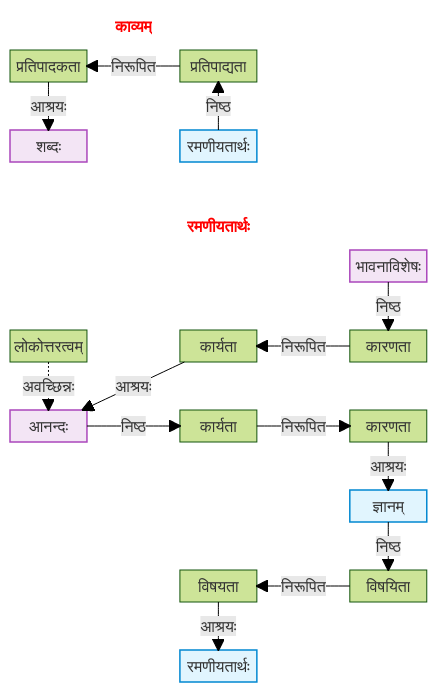
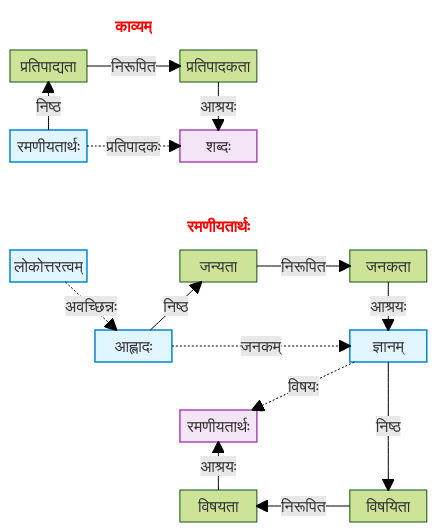
One commit to vagvibha/sahitya changed the first of 3 diagrams in shastra/texts/rgd/01/rgd1-02.md. Above: the diagram before and after it, drawn with Mermaid (forest theme). The commit also changed other lines of this file, not shown here.

Commit message:
content update

````diff
--- a/shastra/texts/rgd/01/rgd1-02.md
+++ b/shastra/texts/rgd/01/rgd1-02.md
@@ -52,56 +52,62 @@
 ```mermaid
 block-beta
     columns 5
 
     space h1["<span style='color:#FF0000'><b>काव्यम्</b></span>"] space:3
     style h1 fill:none,stroke:none
 
 
-    t61["प्रतिपादकता"] space t62["प्रतिपाद्यता"] space:2
+    t61["प्रतिपाद्यता"] space t62["प्रतिपादकता"] space:2
     space:5
-    t51["शब्दः"] space t52["रमणीयतार्थः"] space:2
+    t51["रमणीयतार्थः"] space t52["शब्दः"] space:2
     space:5
+    style t52 fill:#f3e5f5,stroke:#ab47bc,stroke-width:1.5px
+    style t51 fill:#e1f5fe,stroke:#0288d1,stroke-width:1.5px
 
-    t52-- "निष्ठ" -->t62
-    t62-- "निरूपित" --> t61
-    t61-- "आश्रयः" --> t51
+    t51-- "निष्ठ" -->t61
+    t61-- "निरूपित" --> t62
+    t62-- "आश्रयः" --> t52
+    t51 -. "प्रतिपादकः" .-> t52
 
     space:2 h2["<span style='color:#FF0000'><b>रमणीयतार्थः</b></span>"] space:2
     style h2 fill:none,stroke:none
 
     %% Row 1
-    space:4 o["भावनाविशेषः"]
+    %%space:4 o["भावनाविशेषः"]
+    %%space:5
+    %%t1["लोकोत्तरत्वम्"]  space:4  t2["कार्यता"]  space t4["कारणता"]
+    t1["लोकोत्तरत्वम्"]  space r23["जन्यता"] space r24["जनकता"]
     space:5
-    t1["लोकोत्तरत्वम्"]  space  t2["कार्यता"]  space t4["कारणता"]
+    space r21["आह्लादः"] space:2 r34["ज्ञानम्"]
     space:5
-    r21["आनन्दः"] space r23["कार्यता"] space r24["कारणता"]
-    space:5
-    space:4 r34["ज्ञानम्"]
+    space:2 r52["रमणीयतार्थः"] space:2
     space:5
     space:2 r42["विषयता"] space r44["विषयिता"]
-    space:5
-    space:2 r52["रमणीयतार्थः"] space:2
     
 
-    o-- "निष्ठ" -->t4
-    t4-- "निरूपित" --> t2
-    t2 -- "आश्रयः" --> r21
+    %%o-- "निष्ठ" -->t4
+    %%t4-- "निरूपित" --> t2
+    %%t2 -- "आश्रयः" --> r21
     t1 -. "अवच्छिन्नः" .-> r21
     r21-- "निष्ठ" -->r23
     r23-- "निरूपित" --> r24
     r24-- "आश्रयः" --> r34
     r34-- "निष्ठ" -->r44
     r44-- "निरूपित" --> r42
     r42-- "आश्रयः" --> r52
+
+    r21-. "जनकम्" .->r34
+    r34-. "विषयः" .-> r52
+    
+
     %%b2 -.- m3
 
-    style r21 fill:#f3e5f5,stroke:#ab47bc,stroke-width:1.5px
-    style t51 fill:#f3e5f5,stroke:#ab47bc,stroke-width:1.5px
-    style t52 fill:#e1f5fe,stroke:#0288d1,stroke-width:1.5px
-    style o fill:#f3e5f5,stroke:#ab47bc,stroke-width:1.5px
+    style r52 fill:#f3e5f5,stroke:#ab47bc,stroke-width:1.5px
+    %%style o fill:#f3e5f5,stroke:#ab47bc,stroke-width:1.5px
     %%style t1 fill:#e6f2ff,stroke:#85b5e3,stroke-width:2px
     %%style r51 fill:#e6f2ff,stroke:#85b5e3,stroke-width:2px
     %%style r51 fill:#f3e5f5,stroke:#ab47bc,stroke-width:1.5px
     style r34 fill:#e1f5fe,stroke:#0288d1,stroke-width:1.5px
-    style r52 fill:#e1f5fe,stroke:#0288d1,stroke-width:1.5px
+    style r21 fill:#e1f5fe,stroke:#0288d1,stroke-width:1.5px
+    style t1 fill:#e1f5fe,stroke:#0288d1,stroke-width:1.5px
 ```
````
